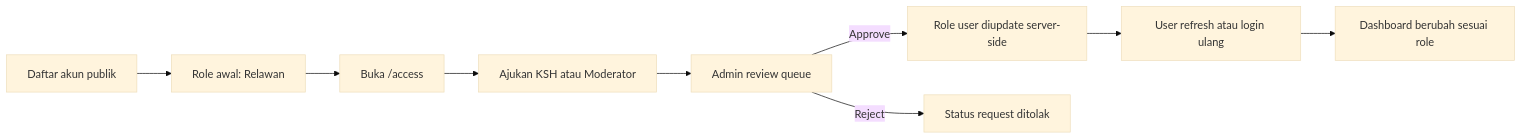
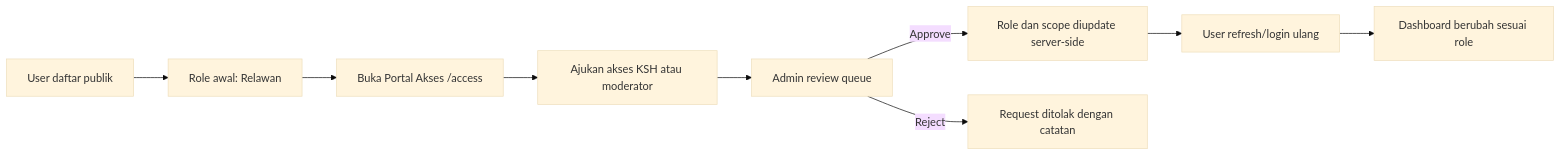
Before and after one commit to lustresense/xpcentric-web: the first of 4 diagrams in README.md, drawn with Mermaid (base theme). The commit also changed other lines of this file and 20 other files, not shown here.

````diff
--- a/README.md
+++ b/README.md
@@ -62,11 +79,11 @@
 ```mermaid
 flowchart LR
-    A[Daftar akun publik] --> B[Role awal: Relawan]
-    B --> C[Buka /access]
-    C --> D[Ajukan KSH atau Moderator]
+    A[User daftar publik] --> B[Role awal: Relawan]
+    B --> C[Buka Portal Akses /access]
+    C --> D[Ajukan akses KSH atau moderator]
     D --> E[Admin review queue]
-    E -->|Approve| F[Role user diupdate server-side]
-    E -->|Reject| G[Status request ditolak]
-    F --> H[User refresh atau login ulang]
+    E -->|Approve| F[Role dan scope diupdate server-side]
+    E -->|Reject| G[Request ditolak dengan catatan]
+    F --> H[User refresh/login ulang]
     H --> I[Dashboard berubah sesuai role]
 ```
````
